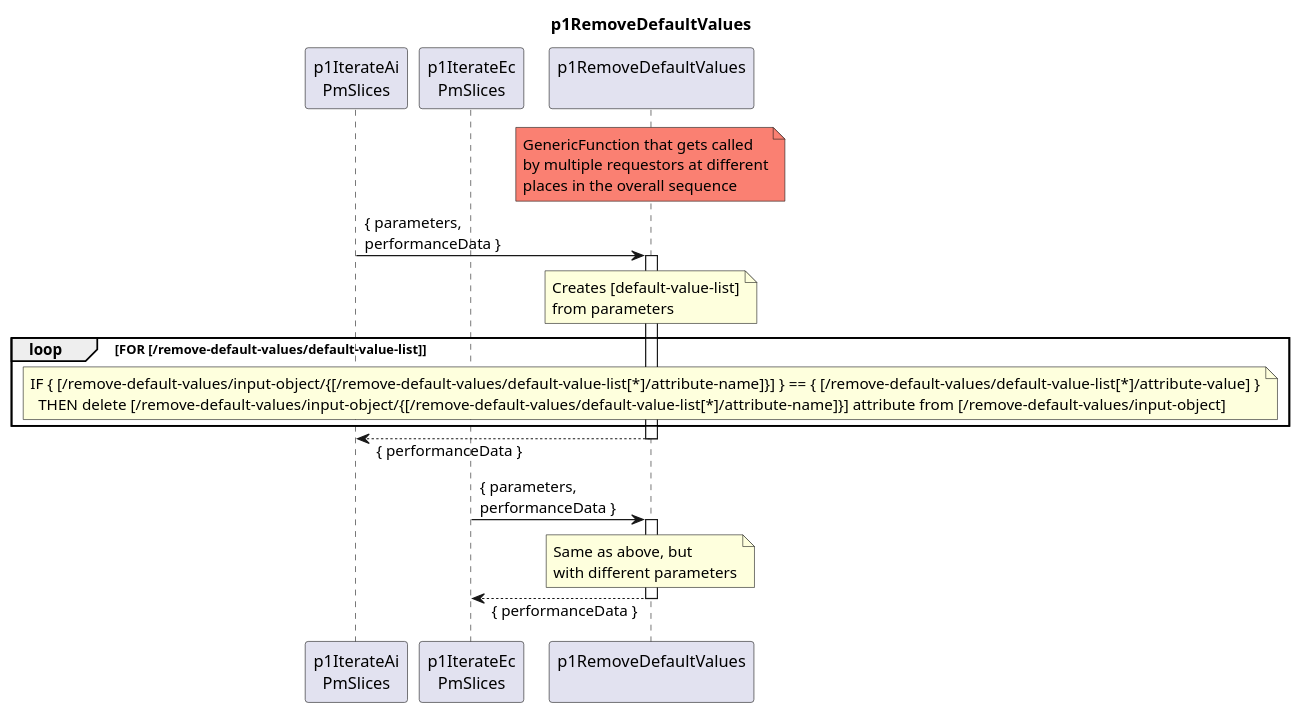
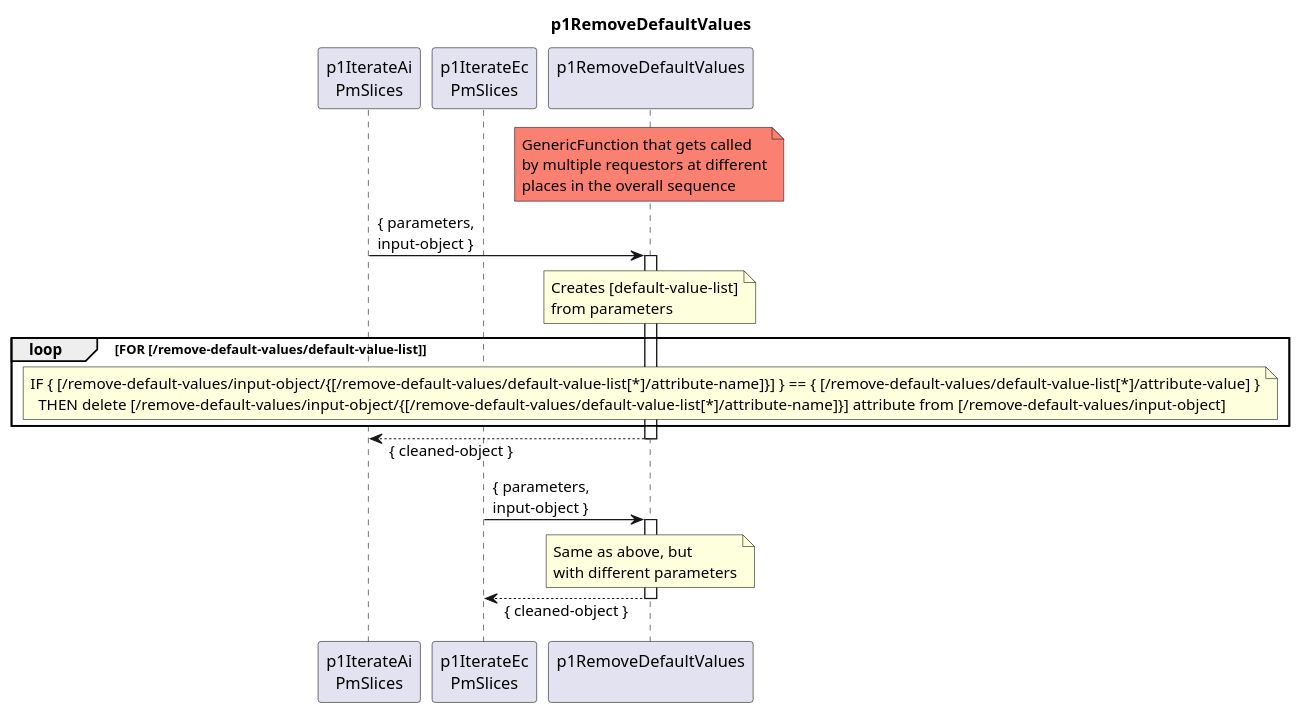
The diagram in spec/Functions/p1StreamPmData/p1ProcessDevice/p1CreateResultCc/p1IterateAiPmSlices/p1RemoveDefaultValues/1.0.0/p1RemoveDefaultValues.plantuml (openBackhaul/DevicePerformanceManagementDataProcessor), drawn with PlantUML before and after one commit. The commit also changed 7 other files, not shown here.

```diff
--- a/spec/Functions/p1StreamPmData/p1ProcessDevice/p1CreateResultCc/p1IterateAiPmSlices/p1RemoveDefaultValues/1.0.0/p1RemoveDefaultValues.plantuml
+++ b/spec/Functions/p1StreamPmData/p1ProcessDevice/p1CreateResultCc/p1IterateAiPmSlices/p1RemoveDefaultValues/1.0.0/p1RemoveDefaultValues.plantuml
@@ -1,56 +1,56 @@
 @startuml p1RemoveDefaultValues
 skinparam responseMessageBelowArrow true
 
 title
   p1RemoveDefaultValues
 end title
 
 participant "p1IterateAi\nPmSlices" as requestor1
 participant "p1IterateEc\nPmSlices" as requestor2
 
 participant "p1RemoveDefaultValues\n" as removeDefault
 
 note over removeDefault #Salmon
   GenericFunction that gets called
   by multiple requestors at different
   places in the overall sequence
 end note
 
 
 
-  requestor1 -> removeDefault : { parameters,\nperformanceData }
+  requestor1 -> removeDefault : { parameters,\ninput-object }
   activate removeDefault
 
     note over removeDefault
       Creates [default-value-list]
       from parameters
     end note
 
     loop FOR [/remove-default-values/default-value-list]
 
       note over removeDefault
         IF { [/remove-default-values/input-object/{[/remove-default-values/default-value-list[*]/attribute-name]}] } == { [/remove-default-values/default-value-list[*]/attribute-value] }
           THEN delete [/remove-default-values/input-object/{[/remove-default-values/default-value-list[*]/attribute-name]}] attribute from [/remove-default-values/input-object]
       end note
 
     end loop
 
-  requestor1 <-- removeDefault: { performanceData }
+  requestor1 <-- removeDefault: { cleaned-object }
   deactivate removeDefault
 
 
 
-  requestor2 -> removeDefault : { parameters,\nperformanceData }
+  requestor2 -> removeDefault : { parameters,\ninput-object }
   activate removeDefault
 
     note over removeDefault
       Same as above, but
       with different parameters
     end note
 
-  requestor2 <-- removeDefault: { performanceData }
+  requestor2 <-- removeDefault: { cleaned-object }
   deactivate removeDefault
 
 
 
 @enduml
```
